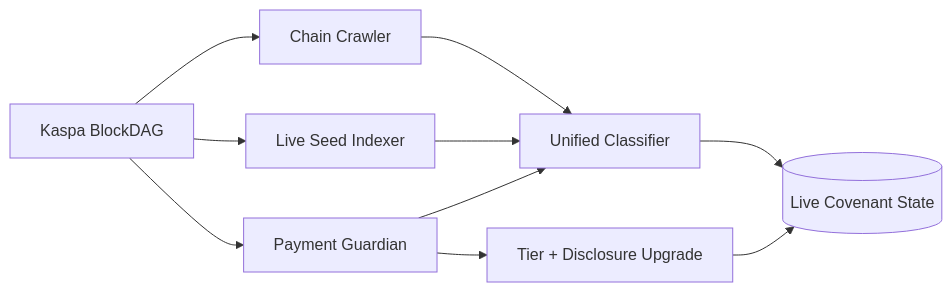
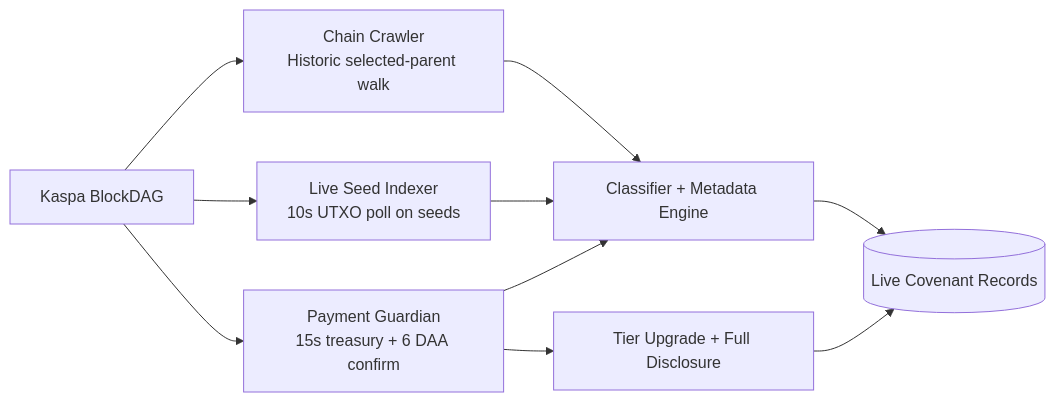
Before and after one commit to THTProtocol/Covex27: the second of 5 diagrams in README.md, drawn with Mermaid. The commit also changed other lines of this file, not shown here.

First line of the commit message:
docs(readme): Bigger focused mermaid diagrams + no em-dashes + more engaging narrative

````diff
--- a/README.md
+++ b/README.md
@@ -137,14 +88,14 @@
 ```mermaid
 flowchart LR
-    DAG[Kaspa BlockDAG] --> C[Chain Crawler]
-    DAG --> I[Live Seed Indexer]
-    DAG --> P[Payment Guardian]
+    DAG[Kaspa BlockDAG] --> C[Chain Crawler<br/>Historic selected-parent walk]
+    DAG --> I[Live Seed Indexer<br/>10s UTXO poll on seeds]
+    DAG --> P[Payment Guardian<br/>15s treasury + 6 DAA confirm]
 
-    C --> CLS[Unified Classifier]
+    C --> CLS[Classifier + Metadata Engine]
     I --> CLS
     P --> CLS
 
-    CLS --> DB[(Live Covenant State)]
-    P --> TIER[Tier + Disclosure Upgrade]
+    CLS --> DB[(Live Covenant Records)]
+    P --> TIER[Tier Upgrade + Full Disclosure]
     TIER --> DB
 ```
````
